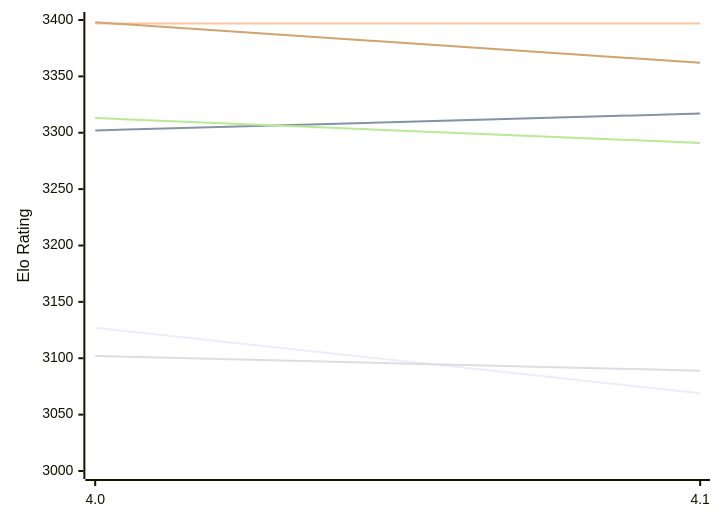
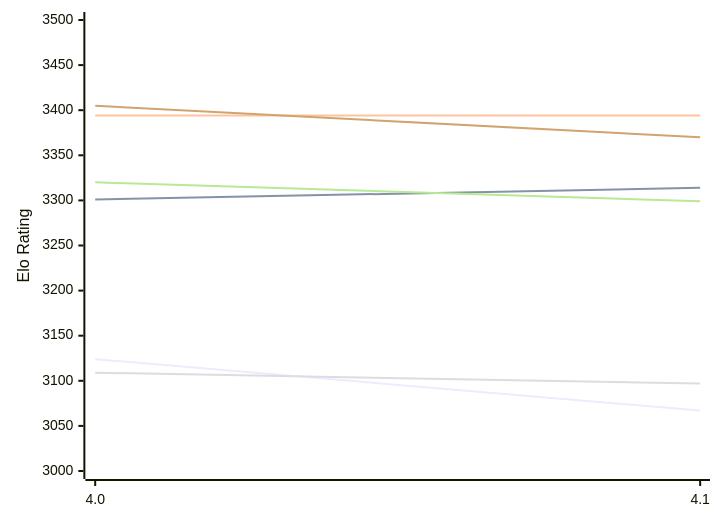
One commit to computer-chess-index/cci changed the first of 2 diagrams in engines/Petrel.md. Above: the diagram before and after it, drawn with Mermaid. The commit also changed other lines of this file, not shown here.

Commit message:
Update CCI Ratings (ELO VLTC) - 2026-11-23

````diff
--- a/engines/Petrel.md
+++ b/engines/Petrel.md
@@ -57,12 +57,12 @@
 ```mermaid
 %%{init: {"theme":"base","themeVariables":{"seriesColors:['#a3a3a3','#222221','#faa371']}}}%%
 xychart-beta
   x-axis ["4.0", "4.1"]
-  y-axis "Elo Rating" 3000 --> 3400
-  line "E1: STC (8.0+0.08s)" [3127, 3069]
-  line "E1: LTC (60.0+0.60s)" [3302, 3317]
-  line "E1: VLTC (2m24s+1.12s)" [3397, 3397]
-  line "P1: STC (8.0+0.08s)" [3102, 3089]
-  line "P1: LTC (60.0+0.60s)" [3313, 3291]
-  line "P1: VLTC (2m24s+1.12s)" [3398, 3362]
+  y-axis "Elo Rating" 3000 --> 3500
+  line "E1: STC (8.0+0.08s)" [3124, 3067]
+  line "E1: LTC (60.0+0.60s)" [3301, 3314]
+  line "E1: VLTC (2m24s+1.12s)" [3394, 3394]
+  line "P1: STC (8.0+0.08s)" [3109, 3097]
+  line "P1: LTC (60.0+0.60s)" [3320, 3299]
+  line "P1: VLTC (2m24s+1.12s)" [3405, 3370]
 ```
````
